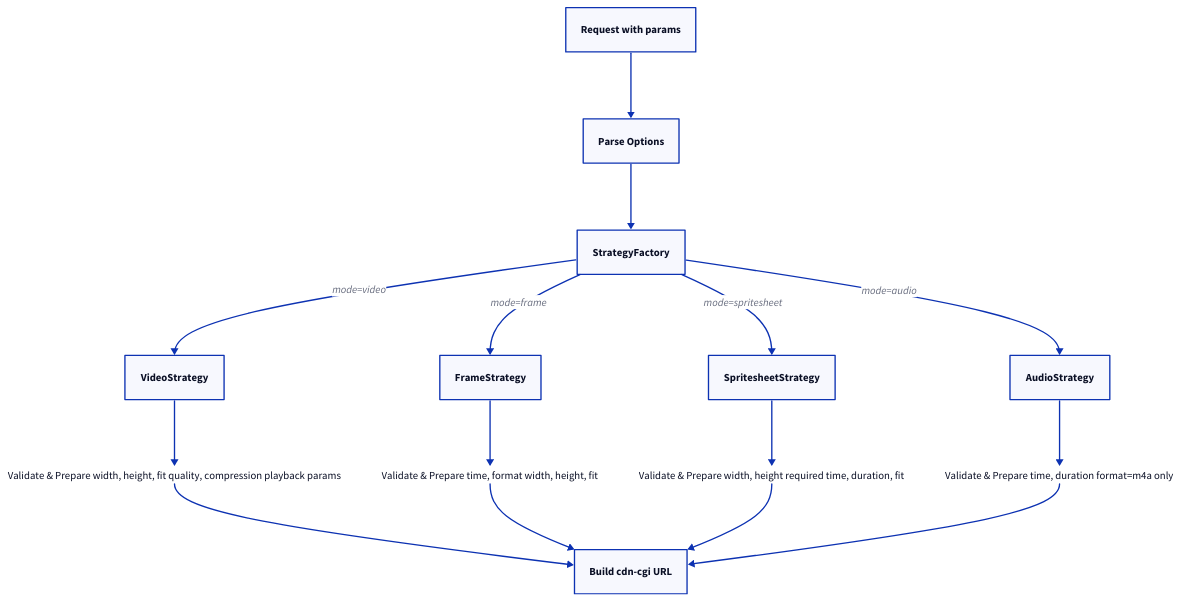
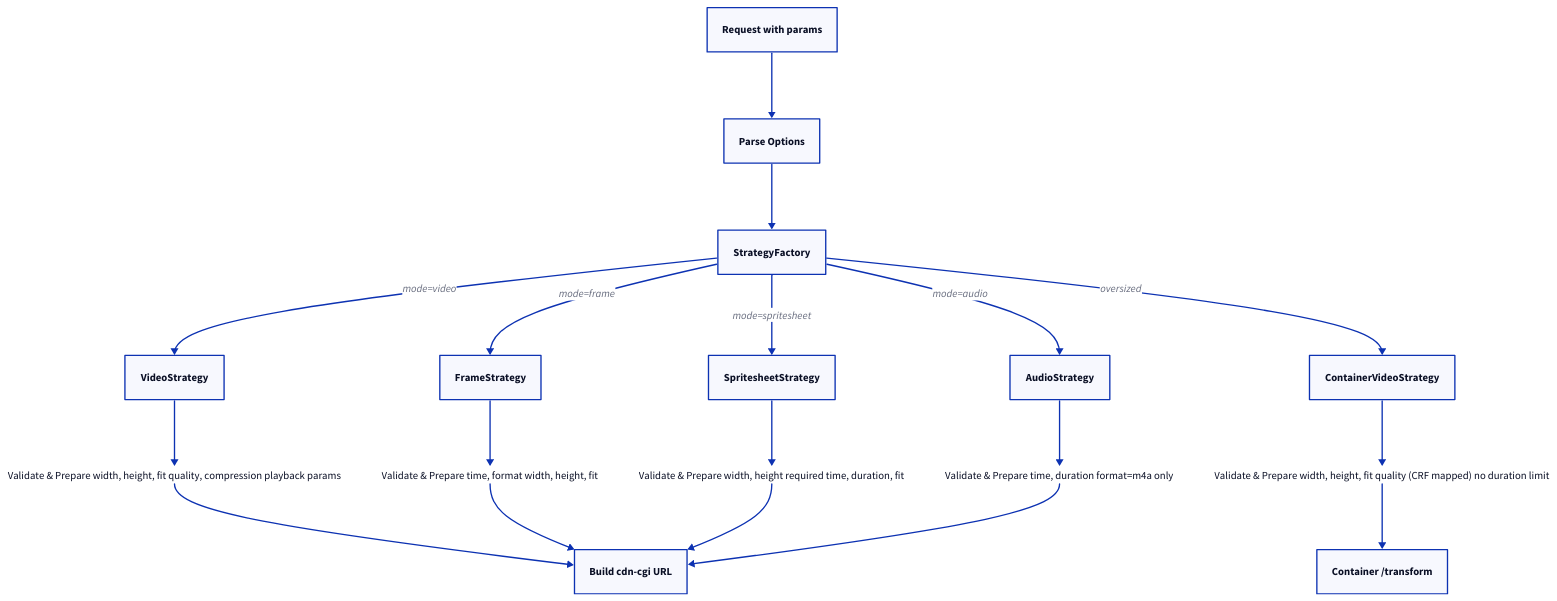
Before and after one commit to erfianugrah/lexicanum: the third of 7 diagrams in src/content/docs/reference/media-transformation-architecture.mdx, drawn with D2. The commit also changed other lines of this file, not shown here.

First line of the commit message:
docs: update media transformation architecture with container fallback, KV chunking fixes, and cache key normalization

````diff
--- a/src/content/docs/reference/media-transformation-architecture.mdx
+++ b/src/content/docs/reference/media-transformation-architecture.mdx
@@ -222,49 +404,60 @@
 ```d2
 direction: down
 
 Request -> Parse -> Factory
 Factory -> Video: mode=video
 Factory -> Frame: mode=frame
 Factory -> Sprite: mode=spritesheet
 Factory -> Audio: mode=audio
+Factory -> ContainerV: oversized
 
 Video -> VParams
 Frame -> FParams
 Sprite -> SParams
 Audio -> AParams
+ContainerV -> CVParams
 
 VParams -> CDN
 FParams -> CDN
 SParams -> CDN
 AParams -> CDN
+CVParams -> Container
 
 Request: Request with params
 Parse: Parse Options
 Factory: StrategyFactory
 Video: VideoStrategy
 Frame: FrameStrategy
 Sprite: SpritesheetStrategy
 Audio: AudioStrategy
+ContainerV: ContainerVideoStrategy
 VParams: |md
   Validate & Prepare
   width, height, fit
   quality, compression
   playback params
 |
 FParams: |md
   Validate & Prepare
   time, format
   width, height, fit
 |
 SParams: |md
   Validate & Prepare
   width, height required
   time, duration, fit
 |
 AParams: |md
   Validate & Prepare
   time, duration
   format=m4a only
 |
+CVParams: |md
+  Validate & Prepare
+  width, height, fit
+  quality (CRF mapped)
+  no duration limit
+|
 CDN: Build cdn-cgi URL
+Container: Container /transform
 ```
````
